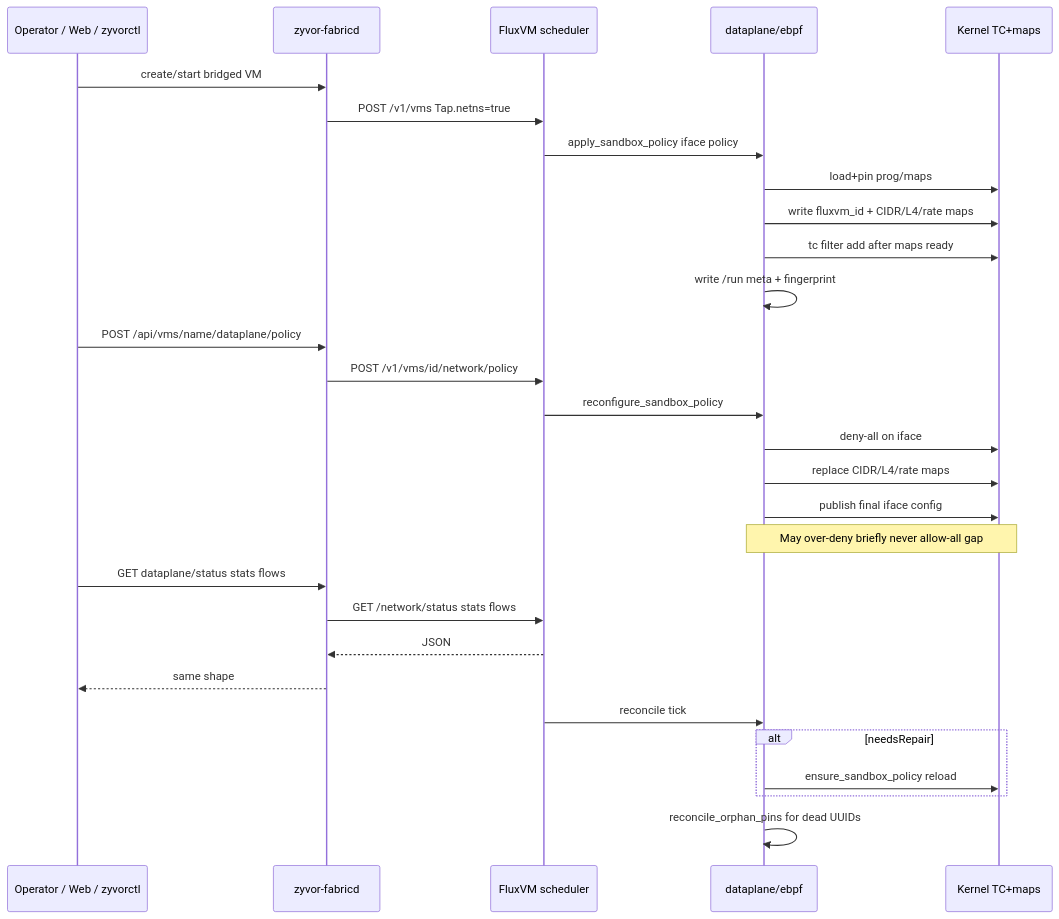
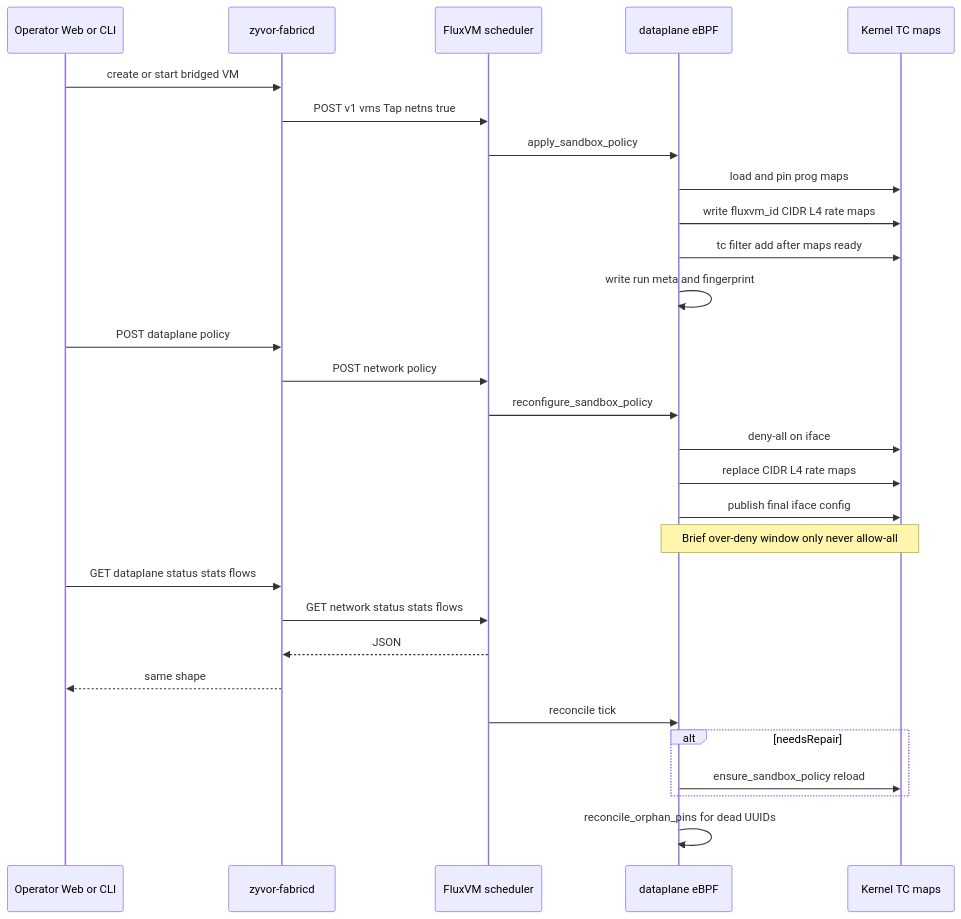
One commit to zyvorai/fabric changed the sixth of 9 diagrams in README.md. Above: the diagram before and after it, drawn with Mermaid. The commit also changed other lines of this file and 25 other files, not shown here.

First line of the commit message:
Ship FluxVM Network Fabric v3 GA through Fabric API, UI, and docs.

````diff
--- a/README.md
+++ b/README.md
@@ -328,35 +328,35 @@
 ```mermaid
 sequenceDiagram
-  participant Op as Operator / Web / zyvorctl
+  participant Op as Operator Web or CLI
   participant Fab as zyvor-fabricd
   participant Fv as FluxVM scheduler
-  participant Dp as dataplane/ebpf
-  participant Kern as Kernel TC+maps
+  participant Dp as dataplane eBPF
+  participant Kern as Kernel TC maps
 
-  Op->>Fab: create/start bridged VM
-  Fab->>Fv: POST /v1/vms Tap.netns=true
-  Fv->>Dp: apply_sandbox_policy iface policy
-  Dp->>Kern: load+pin prog/maps
-  Dp->>Kern: write fluxvm_id + CIDR/L4/rate maps
+  Op->>Fab: create or start bridged VM
+  Fab->>Fv: POST v1 vms Tap netns true
+  Fv->>Dp: apply_sandbox_policy
+  Dp->>Kern: load and pin prog maps
+  Dp->>Kern: write fluxvm_id CIDR L4 rate maps
   Dp->>Kern: tc filter add after maps ready
-  Dp->>Dp: write /run meta + fingerprint
+  Dp->>Dp: write run meta and fingerprint
 
-  Op->>Fab: POST /api/vms/name/dataplane/policy
-  Fab->>Fv: POST /v1/vms/id/network/policy
+  Op->>Fab: POST dataplane policy
+  Fab->>Fv: POST network policy
   Fv->>Dp: reconfigure_sandbox_policy
   Dp->>Kern: deny-all on iface
-  Dp->>Kern: replace CIDR/L4/rate maps
+  Dp->>Kern: replace CIDR L4 rate maps
   Dp->>Kern: publish final iface config
-  Note over Dp,Kern: May over-deny briefly never allow-all gap
+  Note over Dp,Kern: Brief over-deny window only never allow-all
 
-  Op->>Fab: GET dataplane/status stats flows
-  Fab->>Fv: GET /network/status stats flows
+  Op->>Fab: GET dataplane status stats flows
+  Fab->>Fv: GET network status stats flows
   Fv-->>Fab: JSON
   Fab-->>Op: same shape
 
   Fv->>Dp: reconcile tick
   alt needsRepair
     Dp->>Kern: ensure_sandbox_policy reload
   end
   Dp->>Dp: reconcile_orphan_pins for dead UUIDs
 ```
````
